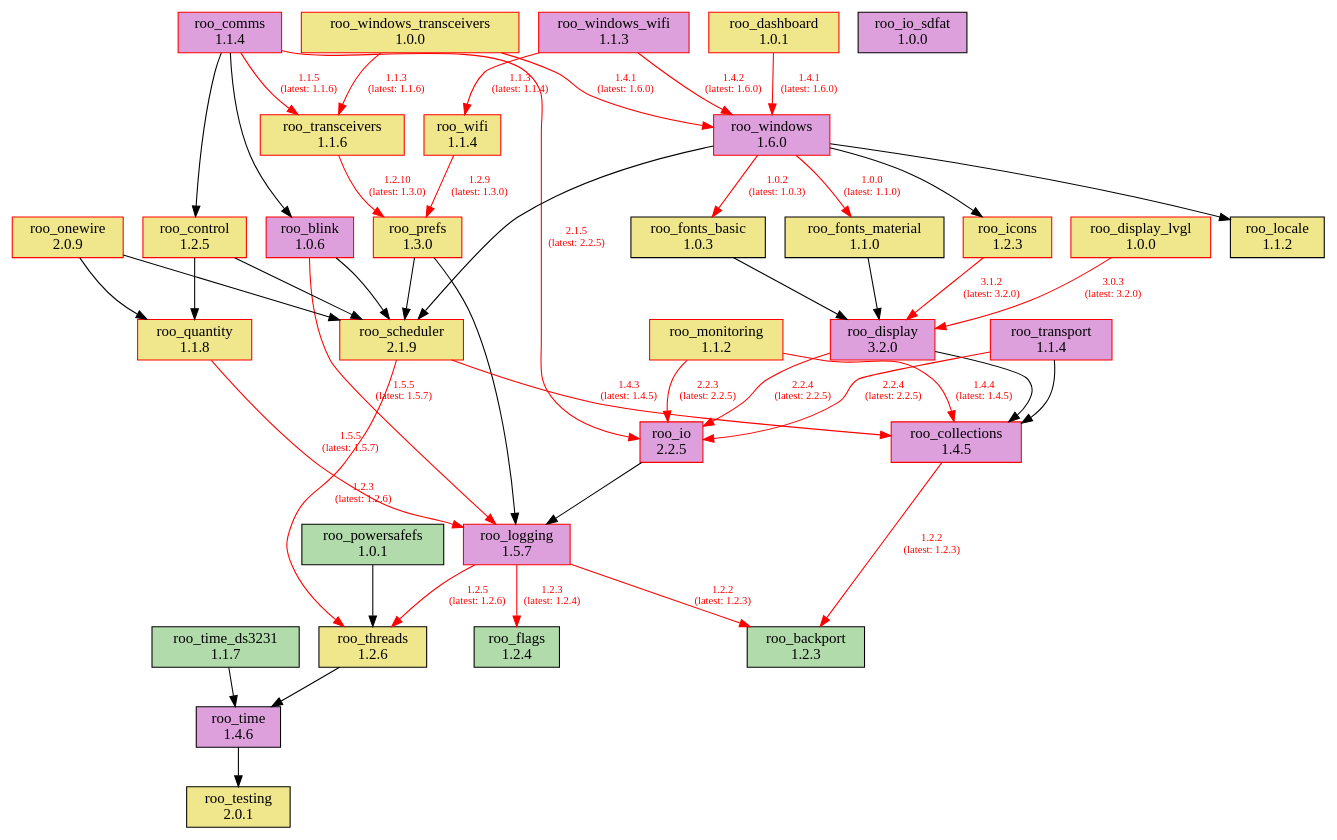
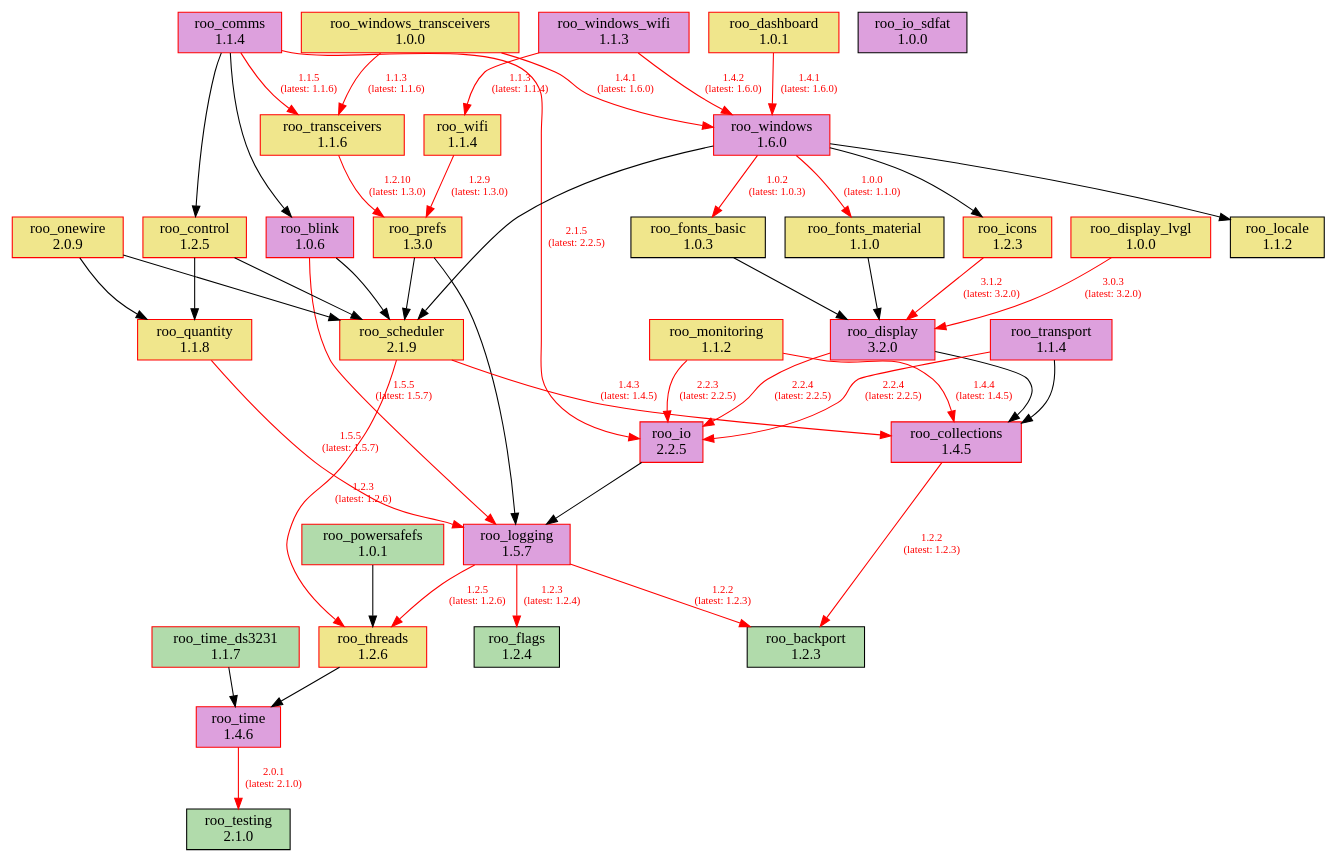
One commit to dejwk/roo-registry changed the diagram in doc/dependencies.dot. Above: the diagram before and after it, drawn with Graphviz. The commit also changed 3 other files, not shown here.

Commit message:
Added roo_testing 2.1.0 to the registry.

```diff
--- a/doc/dependencies.dot
+++ b/doc/dependencies.dot
@@ -1,87 +1,87 @@
 digraph dependencies {
     rankdir=TB;
     node [shape=box, style=filled];
     edge [fontsize=10];
 
     // Modules
     "roo_backport" [label="roo_backport\n1.2.3", fillcolor="#b1dbab", color="black"];
     "roo_blink" [label="roo_blink\n1.0.6", fillcolor="plum", color="red"];
     "roo_collections" [label="roo_collections\n1.4.5", fillcolor="plum", color="red"];
     "roo_comms" [label="roo_comms\n1.1.4", fillcolor="plum", color="red"];
     "roo_control" [label="roo_control\n1.2.5", fillcolor="khaki", color="red"];
     "roo_dashboard" [label="roo_dashboard\n1.0.1", fillcolor="khaki", color="red"];
     "roo_display" [label="roo_display\n3.2.0", fillcolor="plum", color="red"];
     "roo_display_lvgl" [label="roo_display_lvgl\n1.0.0", fillcolor="khaki", color="red"];
     "roo_flags" [label="roo_flags\n1.2.4", fillcolor="#b1dbab", color="black"];
     "roo_fonts_basic" [label="roo_fonts_basic\n1.0.3", fillcolor="khaki", color="black"];
     "roo_fonts_material" [label="roo_fonts_material\n1.1.0", fillcolor="khaki", color="black"];
     "roo_icons" [label="roo_icons\n1.2.3", fillcolor="khaki", color="red"];
     "roo_io" [label="roo_io\n2.2.5", fillcolor="plum", color="red"];
     "roo_io_sdfat" [label="roo_io_sdfat\n1.0.0", fillcolor="plum", color="black"];
     "roo_locale" [label="roo_locale\n1.1.2", fillcolor="khaki", color="black"];
     "roo_logging" [label="roo_logging\n1.5.7", fillcolor="plum", color="red"];
     "roo_monitoring" [label="roo_monitoring\n1.1.2", fillcolor="khaki", color="red"];
     "roo_onewire" [label="roo_onewire\n2.0.9", fillcolor="khaki", color="red"];
-    "roo_powersafefs" [label="roo_powersafefs\n1.0.1", fillcolor="#b1dbab", color="black"];
+    "roo_powersafefs" [label="roo_powersafefs\n1.0.1", fillcolor="#b1dbab", color="red"];
     "roo_prefs" [label="roo_prefs\n1.3.0", fillcolor="khaki", color="red"];
     "roo_quantity" [label="roo_quantity\n1.1.8", fillcolor="khaki", color="red"];
     "roo_scheduler" [label="roo_scheduler\n2.1.9", fillcolor="khaki", color="red"];
-    "roo_testing" [label="roo_testing\n2.0.1", fillcolor="khaki", color="black"];
-    "roo_threads" [label="roo_threads\n1.2.6", fillcolor="khaki", color="black"];
-    "roo_time" [label="roo_time\n1.4.6", fillcolor="plum", color="black"];
-    "roo_time_ds3231" [label="roo_time_ds3231\n1.1.7", fillcolor="#b1dbab", color="black"];
+    "roo_testing" [label="roo_testing\n2.1.0", fillcolor="#b1dbab", color="black"];
+    "roo_threads" [label="roo_threads\n1.2.6", fillcolor="khaki", color="red"];
+    "roo_time" [label="roo_time\n1.4.6", fillcolor="plum", color="red"];
+    "roo_time_ds3231" [label="roo_time_ds3231\n1.1.7", fillcolor="#b1dbab", color="red"];
     "roo_transceivers" [label="roo_transceivers\n1.1.6", fillcolor="khaki", color="red"];
     "roo_transport" [label="roo_transport\n1.1.4", fillcolor="plum", color="red"];
     "roo_wifi" [label="roo_wifi\n1.1.4", fillcolor="khaki", color="red"];
     "roo_windows" [label="roo_windows\n1.6.0", fillcolor="plum", color="red"];
     "roo_windows_transceivers" [label="roo_windows_transceivers\n1.0.0", fillcolor="khaki", color="red"];
     "roo_windows_wifi" [label="roo_windows_wifi\n1.1.3", fillcolor="plum", color="red"];
 
     // Dependencies
     "roo_blink" -> "roo_logging" [color=red, fontcolor=red, label="1.5.5\n(latest: 1.5.7)"];
     "roo_blink" -> "roo_scheduler";
     "roo_collections" -> "roo_backport" [color=red, fontcolor=red, label="1.2.2\n(latest: 1.2.3)"];
     "roo_comms" -> "roo_blink";
     "roo_comms" -> "roo_control";
     "roo_comms" -> "roo_io" [color=red, fontcolor=red, label="2.1.5\n(latest: 2.2.5)"];
     "roo_comms" -> "roo_transceivers" [color=red, fontcolor=red, label="1.1.5\n(latest: 1.1.6)"];
     "roo_control" -> "roo_quantity";
     "roo_control" -> "roo_scheduler";
     "roo_dashboard" -> "roo_windows" [color=red, fontcolor=red, label="1.4.1\n(latest: 1.6.0)"];
     "roo_display" -> "roo_collections";
     "roo_display" -> "roo_io" [color=red, fontcolor=red, label="2.2.4\n(latest: 2.2.5)"];
     "roo_display_lvgl" -> "roo_display" [color=red, fontcolor=red, label="3.0.3\n(latest: 3.2.0)"];
     "roo_fonts_basic" -> "roo_display";
     "roo_fonts_material" -> "roo_display";
     "roo_icons" -> "roo_display" [color=red, fontcolor=red, label="3.1.2\n(latest: 3.2.0)"];
     "roo_io" -> "roo_logging";
     "roo_logging" -> "roo_backport" [color=red, fontcolor=red, label="1.2.2\n(latest: 1.2.3)"];
     "roo_logging" -> "roo_flags" [color=red, fontcolor=red, label="1.2.3\n(latest: 1.2.4)"];
     "roo_logging" -> "roo_threads" [color=red, fontcolor=red, label="1.2.5\n(latest: 1.2.6)"];
     "roo_monitoring" -> "roo_collections" [color=red, fontcolor=red, label="1.4.4\n(latest: 1.4.5)"];
     "roo_monitoring" -> "roo_io" [color=red, fontcolor=red, label="2.2.3\n(latest: 2.2.5)"];
     "roo_onewire" -> "roo_scheduler";
     "roo_onewire" -> "roo_quantity";
     "roo_powersafefs" -> "roo_threads";
     "roo_prefs" -> "roo_logging";
     "roo_prefs" -> "roo_scheduler";
     "roo_quantity" -> "roo_logging" [color=red, fontcolor=red, label="1.5.5\n(latest: 1.5.7)"];
     "roo_scheduler" -> "roo_collections" [color=red, fontcolor=red, label="1.4.3\n(latest: 1.4.5)"];
     "roo_scheduler" -> "roo_threads" [color=red, fontcolor=red, label="1.2.3\n(latest: 1.2.6)"];
     "roo_threads" -> "roo_time";
-    "roo_time" -> "roo_testing";
+    "roo_time" -> "roo_testing" [color=red, fontcolor=red, label="2.0.1\n(latest: 2.1.0)"];
     "roo_time_ds3231" -> "roo_time";
     "roo_transceivers" -> "roo_prefs" [color=red, fontcolor=red, label="1.2.10\n(latest: 1.3.0)"];
     "roo_transport" -> "roo_collections";
     "roo_transport" -> "roo_io" [color=red, fontcolor=red, label="2.2.4\n(latest: 2.2.5)"];
     "roo_wifi" -> "roo_prefs" [color=red, fontcolor=red, label="1.2.9\n(latest: 1.3.0)"];
     "roo_windows" -> "roo_fonts_basic" [color=red, fontcolor=red, label="1.0.2\n(latest: 1.0.3)"];
     "roo_windows" -> "roo_fonts_material" [color=red, fontcolor=red, label="1.0.0\n(latest: 1.1.0)"];
     "roo_windows" -> "roo_locale";
     "roo_windows" -> "roo_icons";
     "roo_windows" -> "roo_scheduler";
     "roo_windows_transceivers" -> "roo_transceivers" [color=red, fontcolor=red, label="1.1.3\n(latest: 1.1.6)"];
     "roo_windows_transceivers" -> "roo_windows" [color=red, fontcolor=red, label="1.4.1\n(latest: 1.6.0)"];
     "roo_windows_wifi" -> "roo_wifi" [color=red, fontcolor=red, label="1.1.3\n(latest: 1.1.4)"];
     "roo_windows_wifi" -> "roo_windows" [color=red, fontcolor=red, label="1.4.2\n(latest: 1.6.0)"];
 }
```
